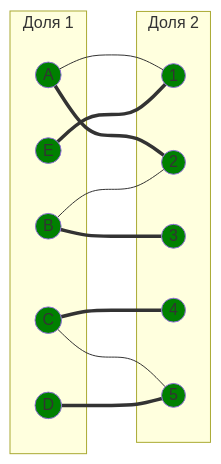
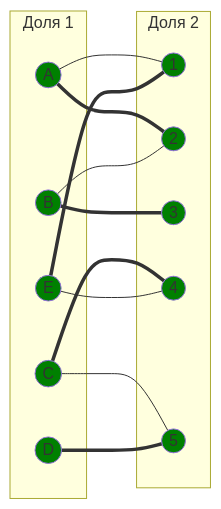
Before and after one commit to algos-ris-24-3/manual-tasks: diagram 17 of 17 in Задание 8/syndicate.md, drawn with Mermaid. The commit also changed other lines of this file, not shown here.

````diff
--- a/Задание 8/syndicate.md
+++ b/Задание 8/syndicate.md
@@ -719,36 +720,37 @@
 ```mermaid
 graph LR
     subgraph "Доля 1"
         A((A))
         B((B))
         C((C))
         D((D))
         E((E))
     end
     subgraph "Доля 2"
         1((1))
         2((2))
         3((3))
         4((4))
         5((5))
     end
     A --- 1
     A === 2
     B --- 2
     B === 3
     C === 4
     C --- 5
     D === 5
     E === 1
+    E --- 4
 
     style A fill:#008000
     style B fill:#008000
     style C fill:#008000
     style D fill:#008000
     style E fill:#008000
     style 1 fill:#008000
     style 2 fill:#008000
     style 3 fill:#008000
     style 4 fill:#008000
     style 5 fill:#008000
 ```
````
